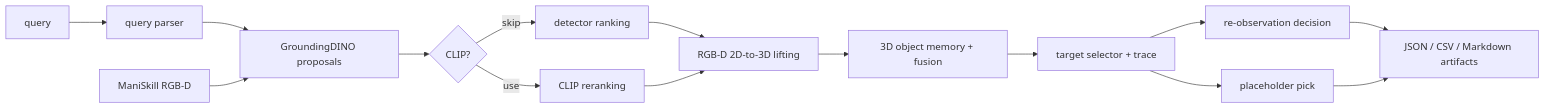
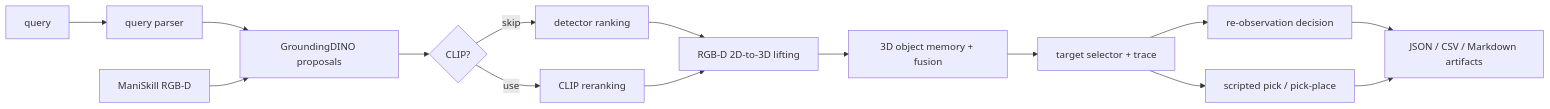
Before and after one commit to KleinChen42/Query-to-Grasp: the diagram in README.md, drawn with Mermaid. The commit also changed other lines of this file and 21218 other files, not shown here.

````diff
--- a/README.md
+++ b/README.md
@@ -38,17 +57,17 @@
 ```mermaid
 flowchart LR
     Q["query"] --> P["query parser"]
     P --> D["GroundingDINO proposals"]
     O["ManiSkill RGB-D"] --> D
     D --> R{"CLIP?"}
     R -->|skip| S["detector ranking"]
     R -->|use| C["CLIP reranking"]
     S --> L["RGB-D 2D-to-3D lifting"]
     C --> L
     L --> M["3D object memory + fusion"]
     M --> T["target selector + trace"]
     T --> U["re-observation decision"]
-    T --> X["placeholder pick"]
+    T --> X["scripted pick / pick-place"]
     U --> A["JSON / CSV / Markdown artifacts"]
     X --> A
 ```
````
